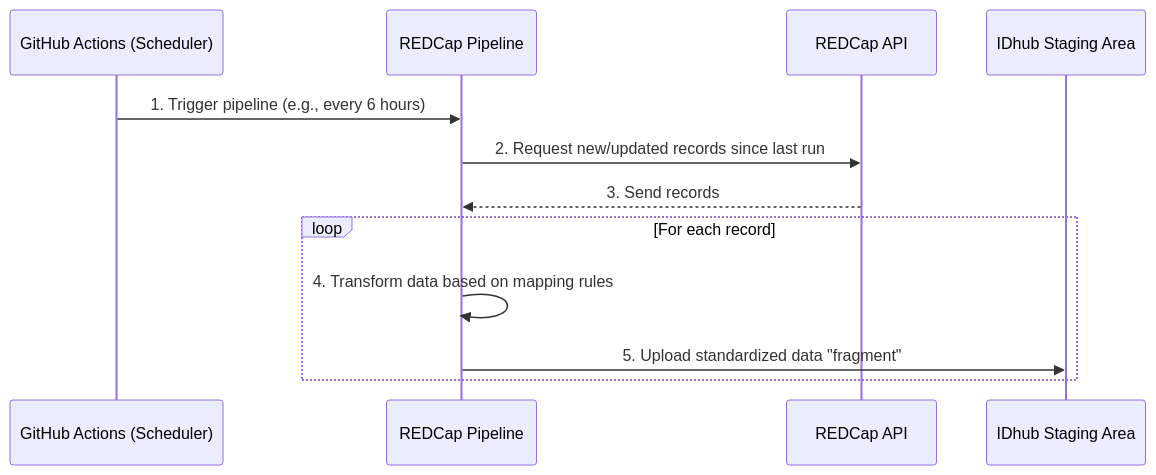
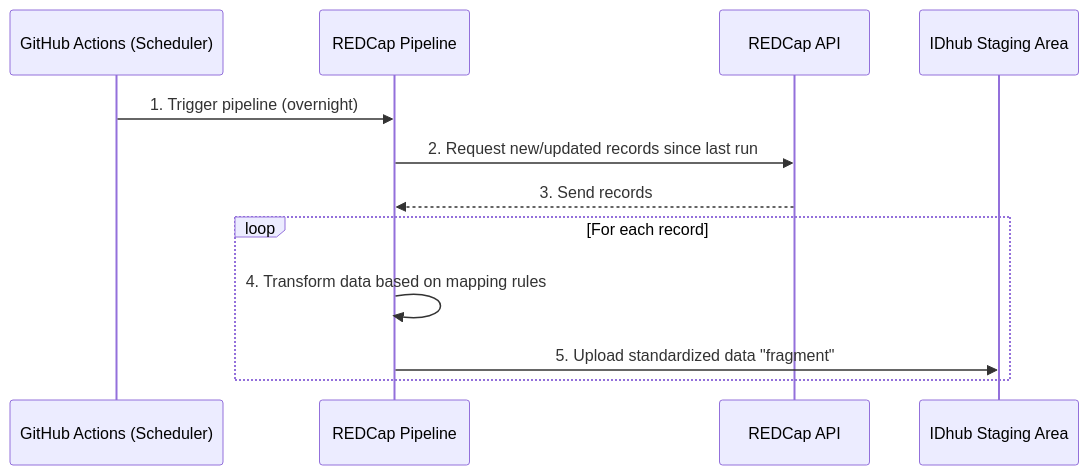
One commit to ibdgc/idhub changed the diagram in docs/for-data-curators/automated-redcap-pipeline.md. Above: the diagram before and after it, drawn with Mermaid. The commit also changed other lines of this file and 10 other files, not shown here.

````diff
--- a/docs/for-data-curators/automated-redcap-pipeline.md
+++ b/docs/for-data-curators/automated-redcap-pipeline.md
@@ -9,15 +9,15 @@
 ```mermaid
 sequenceDiagram
     participant GH as GitHub Actions (Scheduler)
     participant RP as REDCap Pipeline
     participant RC as REDCap API
     participant S3 as IDhub Staging Area
 
-    GH->>RP: 1. Trigger pipeline (e.g., every 6 hours)
+    GH->>RP: 1. Trigger pipeline (overnight)
     RP->>RC: 2. Request new/updated records since last run
     RC-->>RP: 3. Send records
     loop For each record
         RP->>RP: 4. Transform data based on mapping rules
         RP->>S3: 5. Upload standardized data "fragment"
     end
 ```
````
